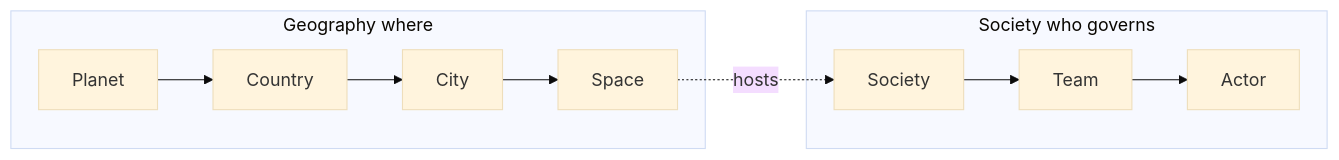
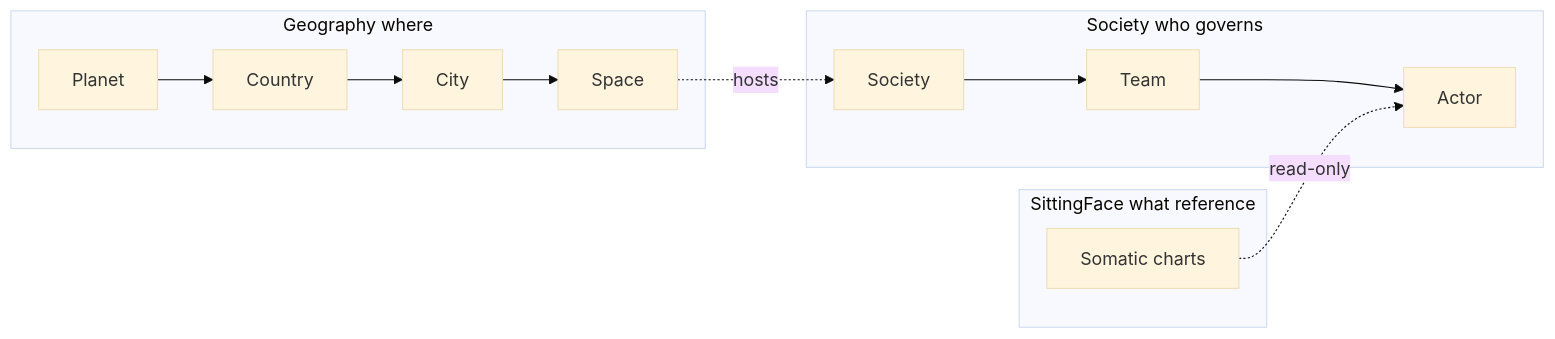
Diagram 25 of 25 in docs/DIAGRAMS.md (monkeypatched-stack/cogitive-os), drawn with Mermaid (base theme) before and after one commit. The commit also changed other lines of this file, not shown here.

Commit message:
adding diagrams

````diff
--- a/docs/DIAGRAMS.md
+++ b/docs/DIAGRAMS.md
@@ -692,12 +909,16 @@
 ```mermaid
 flowchart LR
     subgraph geoGrp["Geography where"]
         P[Planet] --> Co[Country] --> Ci[City] --> Sp[Space]
     end
 
     subgraph socGrp2["Society who governs"]
         Soc[Society] --> T[Team] --> Act[Actor]
     end
 
+    subgraph knowGrp["SittingFace what reference"]
+        SF[Somatic charts] -.->|read-only| Act
+    end
+
     Sp -.->|hosts| Soc
 ```
````
